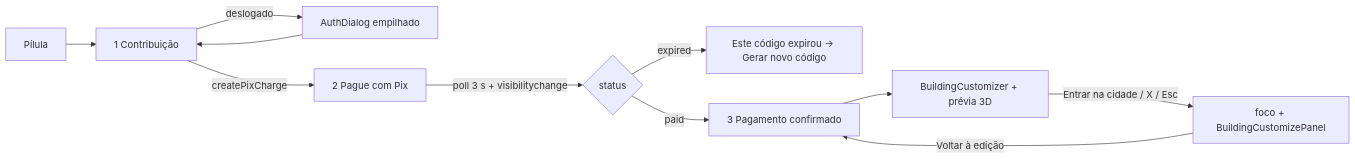
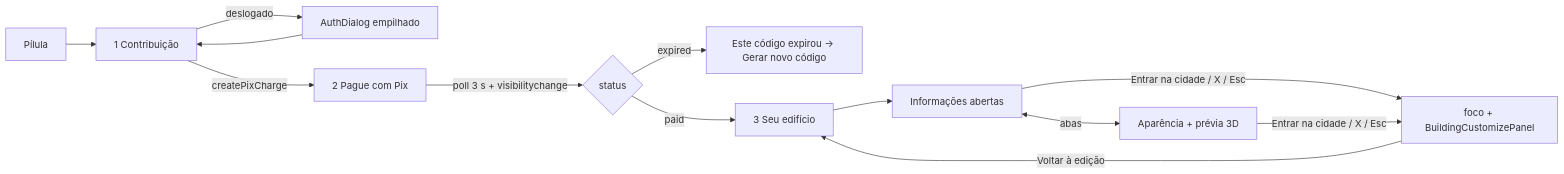
The first of 2 diagrams in doc/components/html-components.md (RaeII/cidoa), drawn with Mermaid before and after one commit. The commit also changed other lines of this file and 7 other files, not shown here.

````diff
--- a/doc/components/html-components.md
+++ b/doc/components/html-components.md
@@ -135,12 +137,14 @@
 ```mermaid
 flowchart LR
   P[Pílula] --> F[1 Contribuição]
   F -- deslogado --> L[AuthDialog empilhado] --> F
   F -- createPixCharge --> Pay[2 Pague com Pix]
   Pay -- poll 3 s + visibilitychange --> S{status}
   S -- expired --> X[Este código expirou → Gerar novo código]
-  S -- paid --> D[3 Pagamento confirmado]
-  D --> Editor[BuildingCustomizer + prévia 3D]
-  Editor -- Entrar na cidade / X / Esc --> Fim[foco + BuildingCustomizePanel]
+  S -- paid --> D[3 Seu edifício]
+  D --> Info[Informações abertas]
+  Info <-- abas --> Editor[Aparência + prévia 3D]
+  Info -- Entrar na cidade / X / Esc --> Fim[foco + BuildingCustomizePanel]
+  Editor -- Entrar na cidade / X / Esc --> Fim
   Fim -- Voltar à edição --> D
 ```
````
